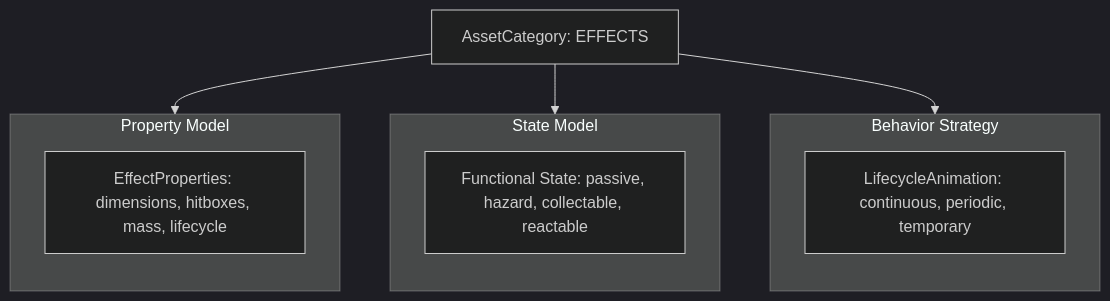
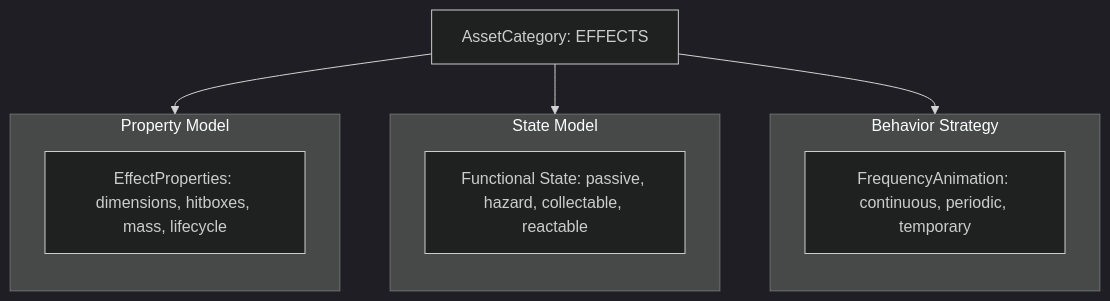
One commit to chinchalinchin/ontology changed the first of 2 diagrams in .prompts/board/phases/refactor/refactor-02-06.md. Above: the diagram before and after it, drawn with Mermaid (dark theme). The commit also changed other lines of this file and 66 other files, not shown here.

````diff
--- a/.prompts/board/phases/refactor/refactor-02-06.md
+++ b/.prompts/board/phases/refactor/refactor-02-06.md
@@ -15,23 +15,23 @@
 ```mermaid
 flowchart TD
     Root["AssetCategory: EFFECTS"]
 
     Root --> PropertyModel
     Root --> StateModel
     Root --> BehaviorStrategy
 
     subgraph PropertyModel ["Property Model"]
         direction TB
         PropContent["EffectProperties: dimensions, hitboxes, mass, lifecycle"]
     end
     
     subgraph StateModel ["State Model"]
         direction TB
         StateContent["Functional State: passive, hazard, collectable, reactable"]
     end
 
     subgraph BehaviorStrategy ["Behavior Strategy"]
         direction TB
-        BehaviorContent["LifecycleAnimation: continuous, periodic, temporary"]
+        BehaviorContent["FrequencyAnimation: continuous, periodic, temporary"]
     end
 ```
````
